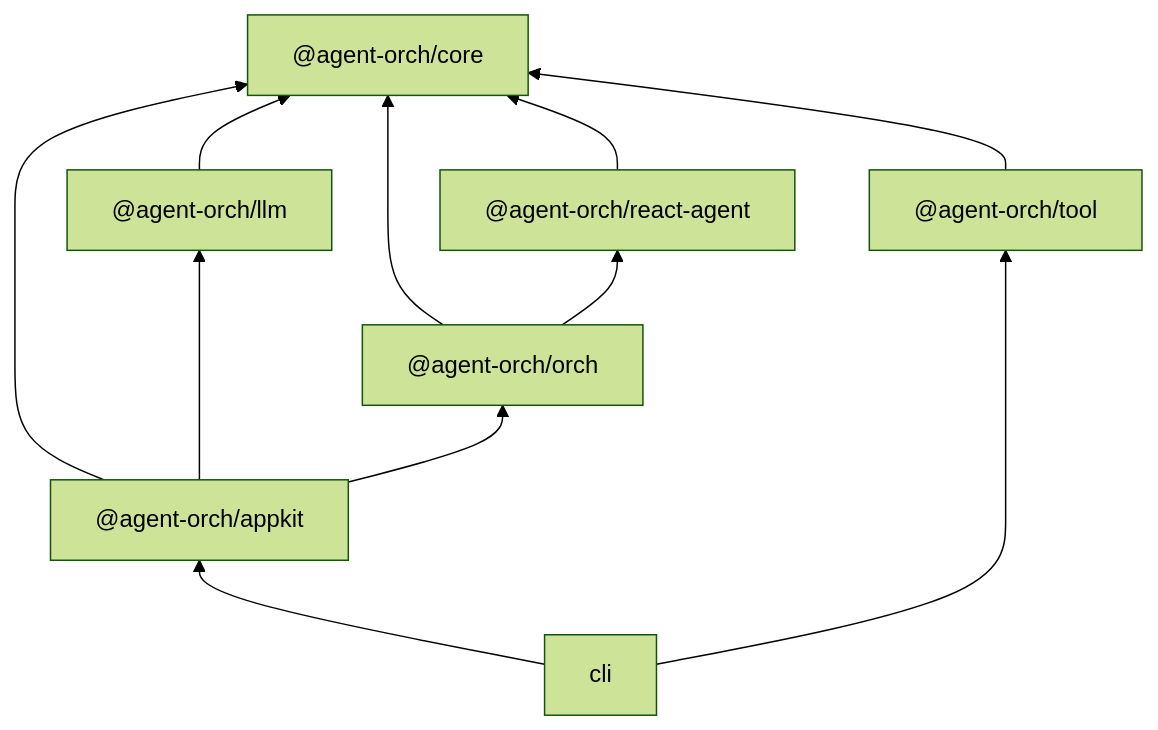
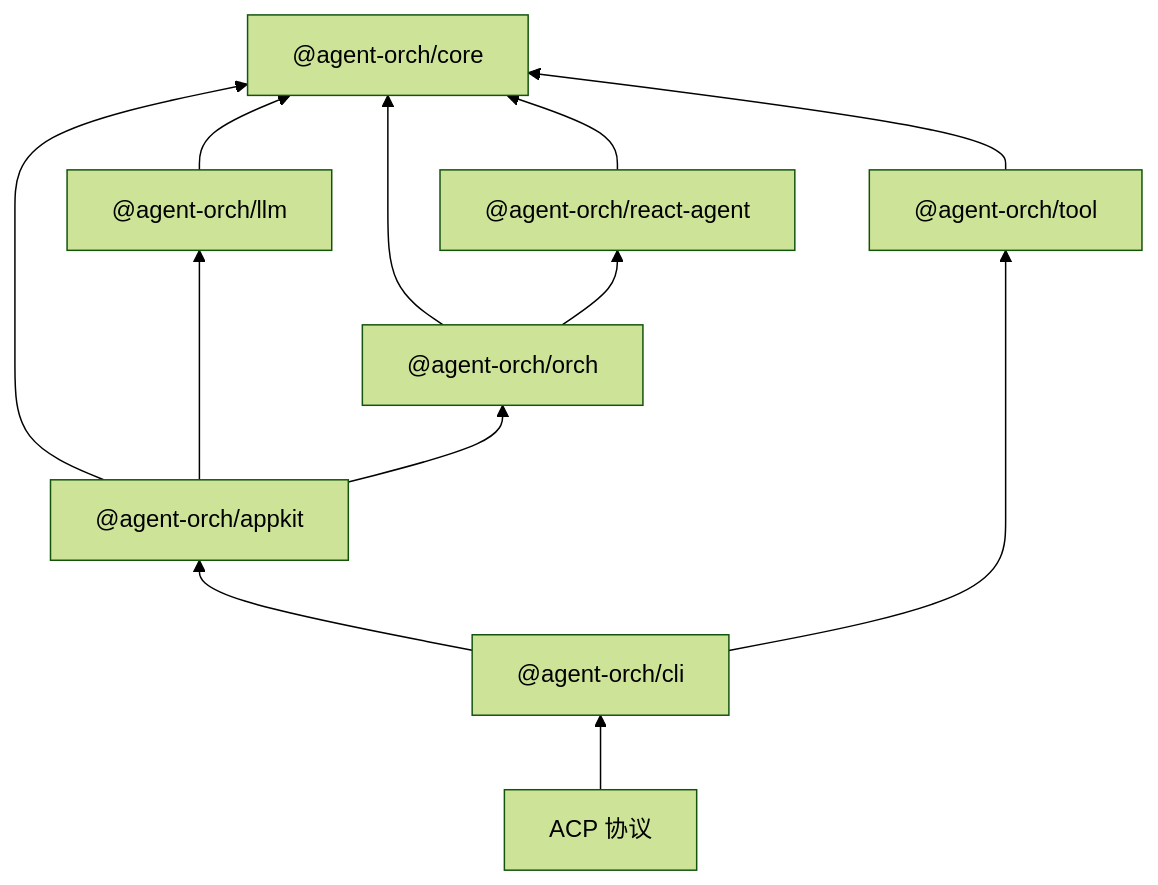
One commit to IanYu-Tree/agent-harness changed the diagram in README.zh-CN.md. Above: the diagram before and after it, drawn with Mermaid (forest theme). The commit also changed other lines of this file, not shown here.

First line of the commit message:
docs: Update Chinese README with ACP features

````diff
--- a/README.zh-CN.md
+++ b/README.zh-CN.md
@@ -34,18 +108,20 @@
 ```mermaid
 graph BT
     core["@agent-orch/core"]
 
     llm["@agent-orch/llm"] --> core
     react-agent["@agent-orch/react-agent"] --> core
     tool["@agent-orch/tool"] --> core
 
     orch["@agent-orch/orch"] --> core
     orch --> react-agent
 
     appkit["@agent-orch/appkit"] --> core
     appkit --> llm
     appkit --> orch
 
-    cli["cli"] --> appkit
+    cli["@agent-orch/cli"] --> appkit
     cli --> tool
+
+    acp["ACP 协议"] --> cli
 ```
````
